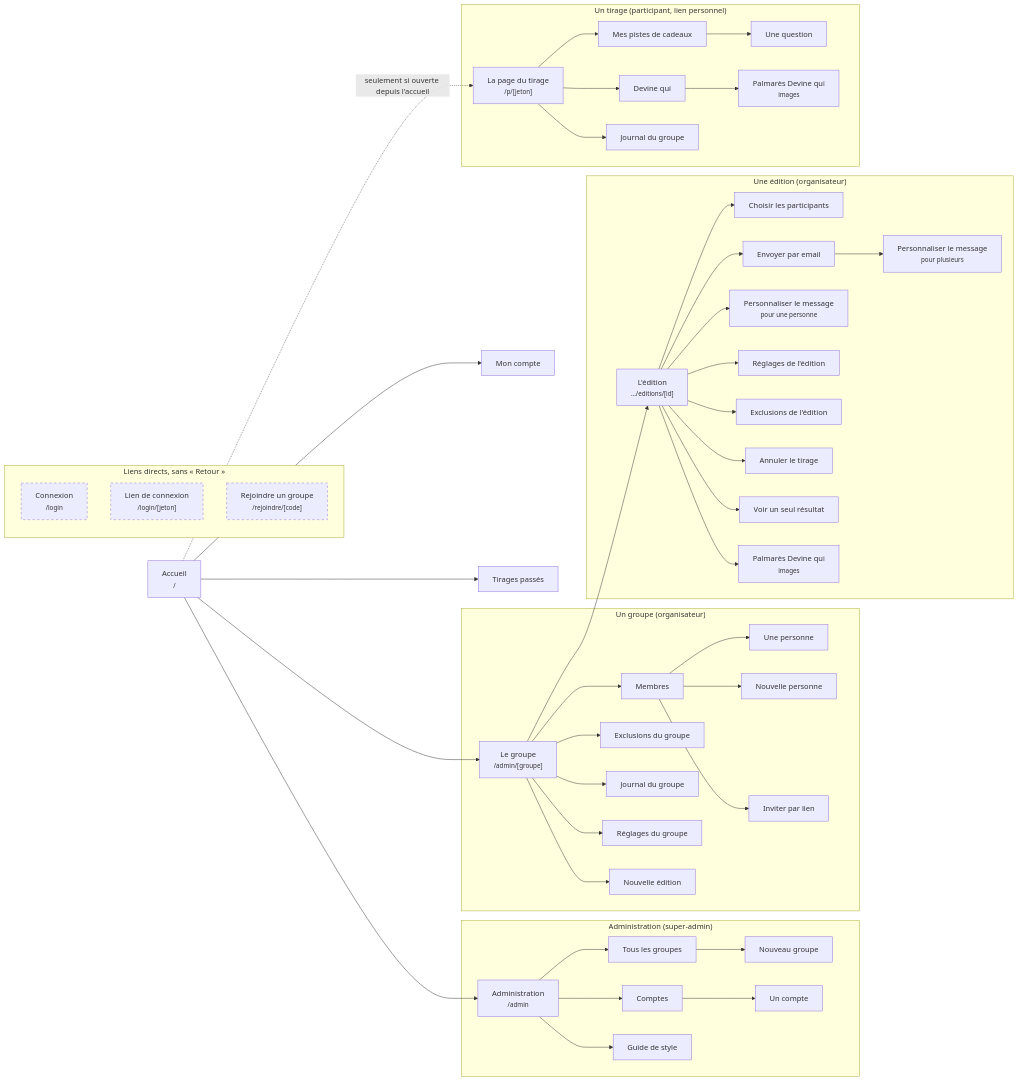
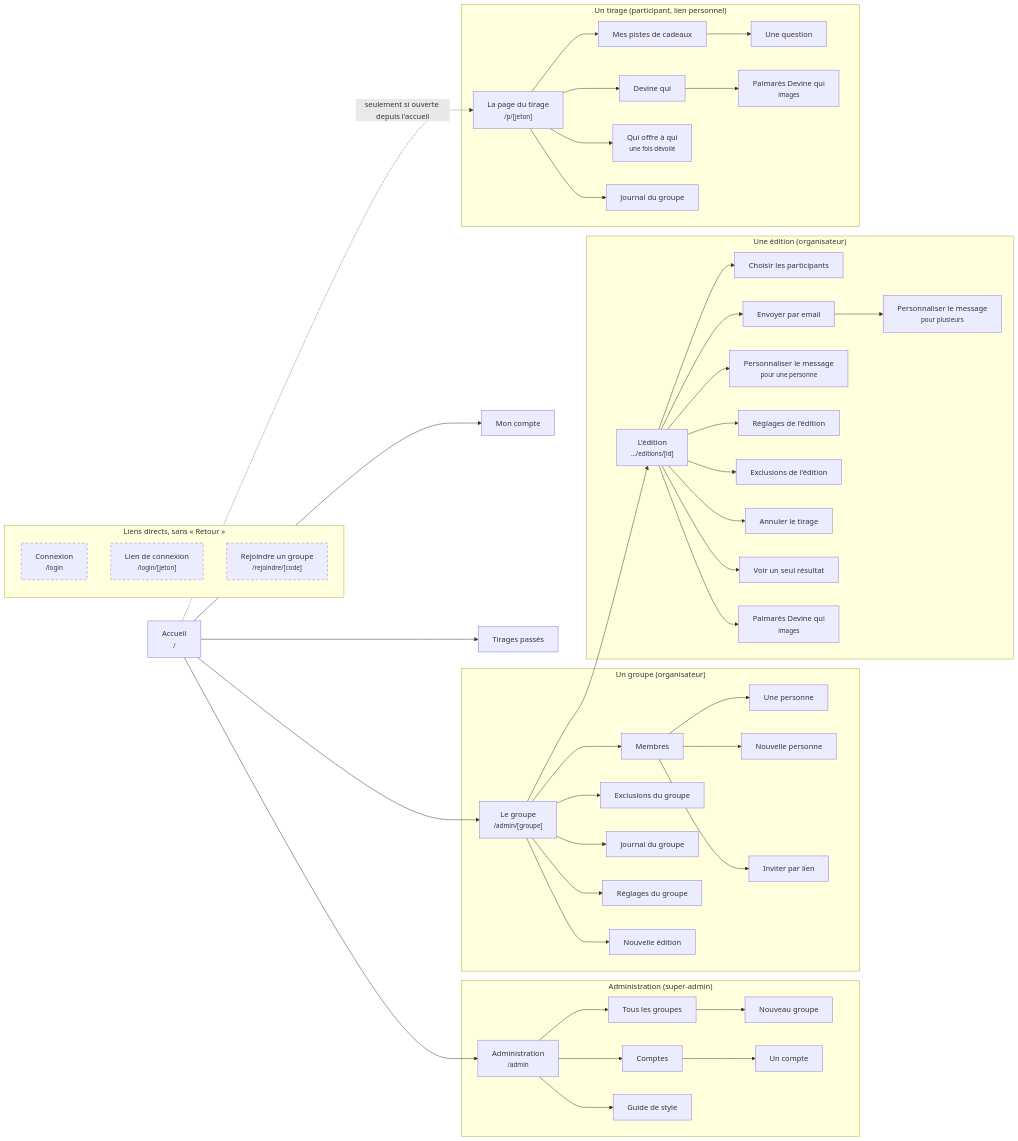
The diagram in docs/ARBORESCENCE.md (julienr114/secret-santa), drawn with Mermaid before and after one commit. The commit also changed other lines of this file and 74 other files, not shown here.

````diff
--- a/docs/ARBORESCENCE.md
+++ b/docs/ARBORESCENCE.md
@@ -9,62 +9,63 @@
 ```mermaid
 flowchart LR
   accueil["Accueil<br/><small>/</small>"]
 
   subgraph entrees ["Liens directs, sans « Retour »"]
     login["Connexion<br/><small>/login</small>"]:::sans
     lien["Lien de connexion<br/><small>/login/[jeton]</small>"]:::sans
     rejoindre["Rejoindre un groupe<br/><small>/rejoindre/[code]</small>"]:::sans
   end
 
   accueil --> compte["Mon compte"]
   accueil --> passes["Tirages passés"]
 
   subgraph admin ["Administration (super-admin)"]
     administration["Administration<br/><small>/admin</small>"]
     administration --> groupes["Tous les groupes"]
     groupes --> nouveauGroupe["Nouveau groupe"]
     administration --> comptes["Comptes"]
     comptes --> unCompte["Un compte"]
     administration --> guide["Guide de style"]
   end
   accueil --> administration
 
   subgraph groupe ["Un groupe (organisateur)"]
     leGroupe["Le groupe<br/><small>/admin/[groupe]</small>"]
     leGroupe --> membres["Membres"]
     membres --> personne["Une personne"]
     membres --> nouvellePersonne["Nouvelle personne"]
     membres --> invitation["Inviter par lien"]
     leGroupe --> exclusionsGroupe["Exclusions du groupe"]
     leGroupe --> journalGroupe["Journal du groupe"]
     leGroupe --> reglagesGroupe["Réglages du groupe"]
     leGroupe --> nouvelleEdition["Nouvelle édition"]
   end
   accueil --> leGroupe
 
   subgraph edition ["Une édition (organisateur)"]
     lEdition["L'édition<br/><small>…/editions/[id]</small>"]
     lEdition --> ajouter["Choisir les participants"]
     lEdition --> emails["Envoyer par email"]
     emails --> messagePlusieurs["Personnaliser le message<br/><small>pour plusieurs</small>"]
     lEdition --> messageUne["Personnaliser le message<br/><small>pour une personne</small>"]
     lEdition --> reglagesEdition["Réglages de l'édition"]
     lEdition --> exclusionsEdition["Exclusions de l'édition"]
     lEdition --> annuler["Annuler le tirage"]
     lEdition --> voir["Voir un seul résultat"]
     lEdition --> palmaresOrga["Palmarès Devine qui<br/><small>images</small>"]
   end
   leGroupe --> lEdition
 
   subgraph tirage ["Un tirage (participant, lien personnel)"]
     page["La page du tirage<br/><small>/p/[jeton]</small>"]
     page --> pistes["Mes pistes de cadeaux"]
     pistes --> question["Une question"]
     page --> devine["Devine qui"]
     devine --> palmares["Palmarès Devine qui<br/><small>images</small>"]
+    page --> tout["Qui offre à qui<br/><small>une fois dévoilé</small>"]
     page --> journal["Journal du groupe"]
   end
   accueil -. "seulement si ouverte depuis l'accueil" .-> page
 
   classDef sans stroke-dasharray: 5 5
 ```
````
